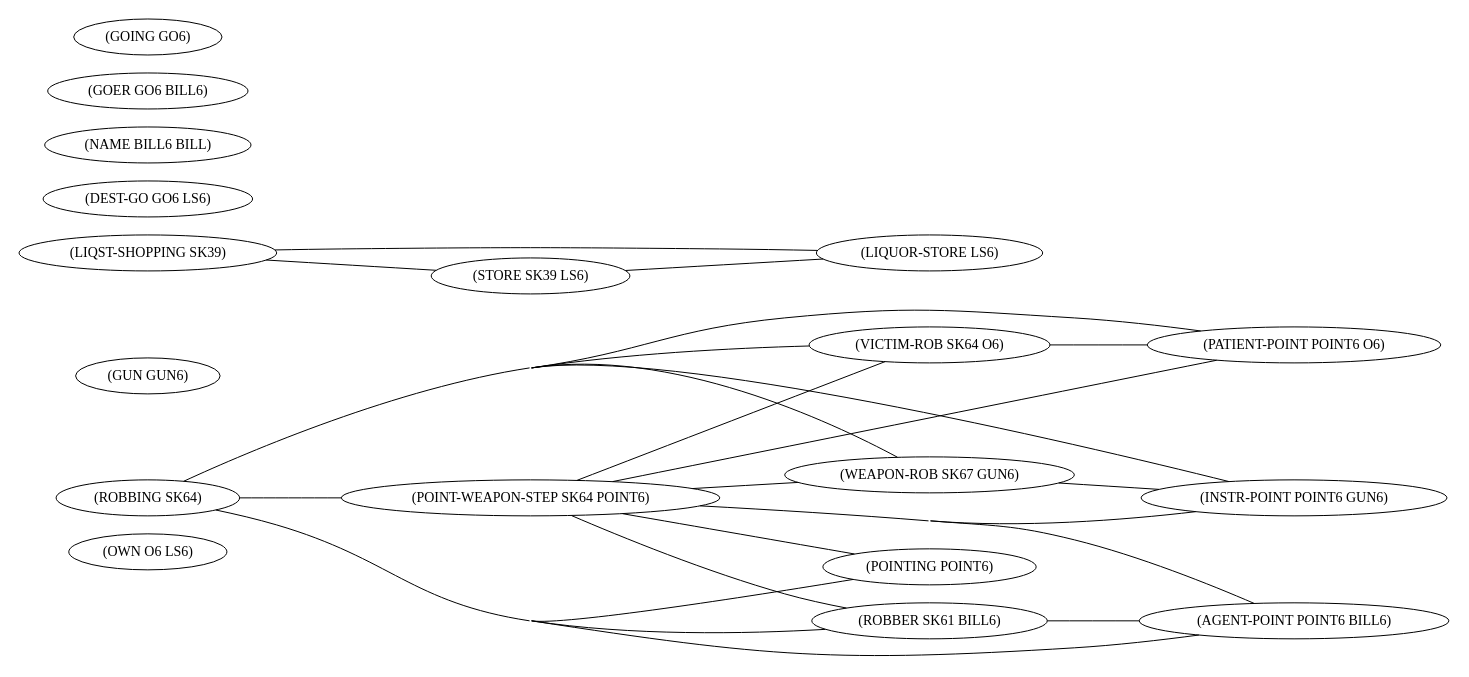
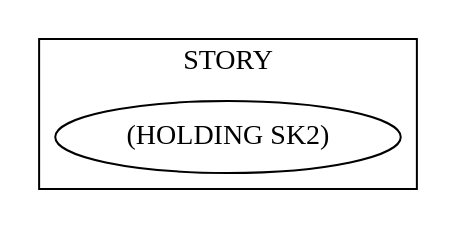
Before and after one commit to cmaclell/ICARUS-Iterative-Sampling-and-Reformulation: the diagram in foo.dot, drawn with Graphviz. The commit also changed 6 other files, not shown here.

```diff
--- a/foo.dot
+++ b/foo.dot
@@ -1,59 +1,21 @@
 digraph G {
 size="10,10";concentrate=true;rankdir=LR;edge[dir=none];ranksep="0.9";
-clusterrank=global;
+clusterrank=local;
 subgraph clusterSTORY {
 label = "STORY"; color=black;
 edge[dir=none];
-B11 [label="(OWN O6 LS6)"];
-B10 [label="(PATIENT-POINT POINT6 O6)"];
-B9 [label="(GUN GUN6)"];
-B8 [label="(INSTR-POINT POINT6 GUN6)"];
-B7 [label="(AGENT-POINT POINT6 BILL6)"];
-B6 [label="(POINTING POINT6)"];
-B5 [label="(LIQUOR-STORE LS6)"];
-B4 [label="(DEST-GO GO6 LS6)"];
-B3 [label="(NAME BILL6 BILL)"];
-B2 [label="(GOER GO6 BILL6)"];
-B1 [label="(GOING GO6)"];
+B1 [label="(HOLDING SK2)"];
 }
 subgraph clusterSELFGOAL {
 label = "SELF.GOAL"; color=black;
 edge[dir=none];
 }
 subgraph clusterSELFINTENTIONS {
 label = "SELF.INTENTIONS"; color=black;
 edge[dir=none];
 }
 subgraph clusterSELF {
 label = "SELF"; color=black;
 edge[dir=none];
-B13 -> B14;
-B13 -> B15;
-B13 -> B16;
-B12 -> B14;
-B12 -> B15;
-B12 -> B16;
-B12 -> B13;
-B17 -> B18;
-B18 [label="(STORE SK39 LS6)"];
-B17 [label="(LIQST-SHOPPING SK39)"];
-B16 [label="(ROBBER SK61 BILL6)"];
-B15 [label="(WEAPON-ROB SK67 GUN6)"];
-B14 [label="(VICTIM-ROB SK64 O6)"];
-B13 [label="(POINT-WEAPON-STEP SK64 POINT6)"];
-B12 [label="(ROBBING SK64)"];
 }
-B17 -> B5;
-B18 -> B5;
-B16 -> B7;
-B15 -> B8;
-B12 -> B6;
-B12 -> B7;
-B12 -> B8;
-B12 -> B10;
-B13 -> B6;
-B13 -> B7;
-B13 -> B8;
-B13 -> B10;
-B14 -> B10;
 }
```
